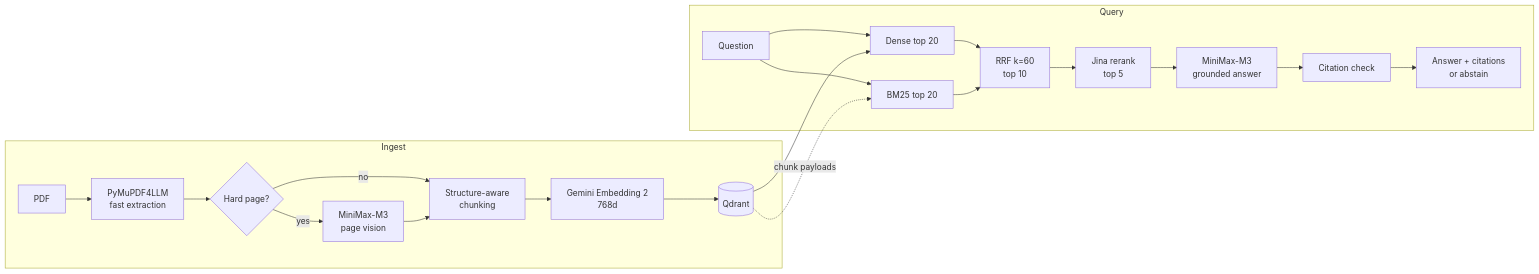
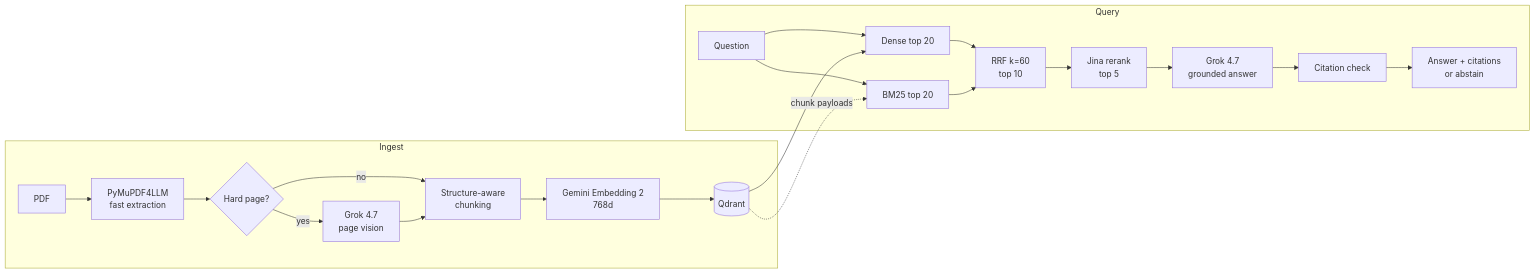
The diagram in README.md (tarunkauxhik/multimodal-enterprise-rag), drawn with Mermaid before and after one commit. The commit also changed other lines of this file and 19 other files, not shown here.

````diff
--- a/README.md
+++ b/README.md
@@ -10,25 +10,25 @@
 ```mermaid
 flowchart LR
     subgraph Ingest
         P[PDF] --> X[PyMuPDF4LLM<br/>fast extraction]
         X --> R{Hard page?}
         R -- no --> C[Structure-aware<br/>chunking]
-        R -- yes --> M[MiniMax-M3<br/>page vision] --> C
+        R -- yes --> M[Grok 4.7<br/>page vision] --> C
         C --> E[Gemini Embedding 2<br/>768d]
         E --> Q[(Qdrant)]
     end
 
     subgraph Query
         U[Question] --> D[Dense top 20]
         U --> B[BM25 top 20]
         D --> F[RRF k=60<br/>top 10]
         B --> F
         F --> J[Jina rerank<br/>top 5]
-        J --> G[MiniMax-M3<br/>grounded answer]
+        J --> G[Grok 4.7<br/>grounded answer]
         G --> V[Citation check]
         V --> A[Answer + citations<br/>or abstain]
     end
 
     Q --> D
     Q -. chunk payloads .-> B
 ```
````
